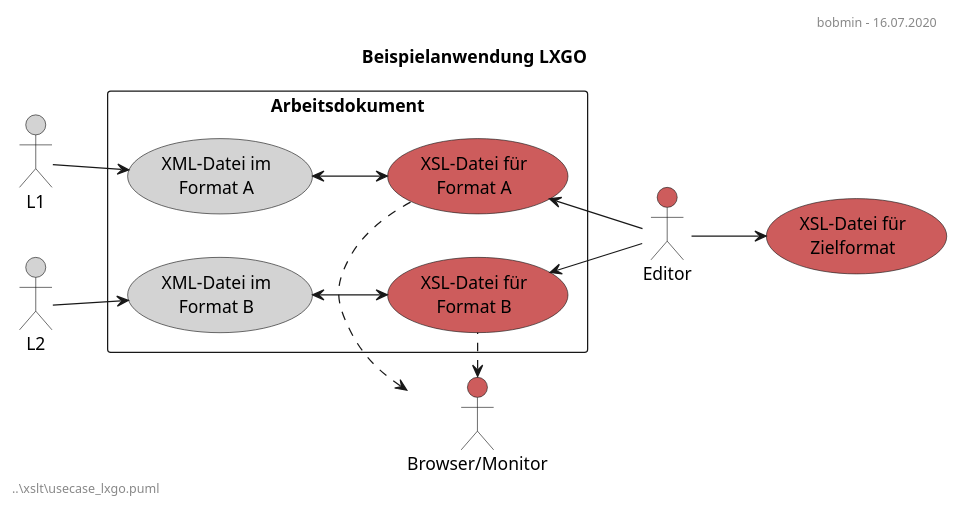
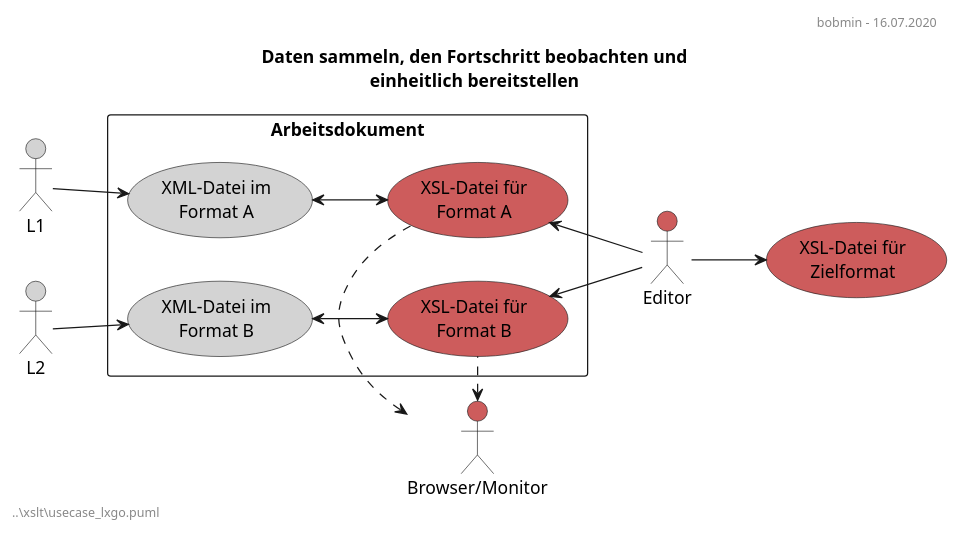
The diagram in usecase_lxgo.puml (bobmin/xslt), drawn with PlantUML before and after one commit. The commit also changed 1 other file, not shown here.

```diff
--- a/usecase_lxgo.puml
+++ b/usecase_lxgo.puml
@@ -1,65 +1,65 @@
 @startuml usecase_lxgo
 
 left to right direction
 scale 1.0
 
 'left to right direction
 
-title Beispielanwendung LXGO
+title Daten sammeln, den Fortschritt beobachten und\neinheitlich bereitstellen
 
 right header bobmin - 16.07.2020
 left footer ..\xslt\usecase_lxgo.puml
 
 skinparam actor {
 	BackgroundColor<< LX >> LightGray
 	BackgroundColor<< MEP >> IndianRed
 	BackgroundColor<< GOAL >> PaleGreen
 }
 
 skinparam usecase {
 	BackgroundColor<< LX >> LightGray
 	BackgroundColor<< MEP >> IndianRed
 }
 
 actor :L1: << LX >> as l1
 actor :L2: << LX >> as l2
 actor :Editor: << MEP >> as op
 actor :Browser/Monitor: << MEP >> as mon
 
 rectangle Arbeitsdokument {
 
 usecase l1xml << LX >> as "XML-Datei im
 Format A"
 
 usecase l2xml << LX >> as "XML-Datei im
 Format B"
 
 usecase l1xsl << MEP >> as "XSL-Datei für
 Format A"
 
 usecase l2xsl << MEP >> as "XSL-Datei für
 Format B"
 
 }
 
 usecase goxsl << MEP >> as "XSL-Datei für
 Zielformat"
 
 l1 --> l1xml
 l1xml <--> l1xsl
 
 l2 --> l2xml
 l2xml <--> l2xsl
 
 
 l1xsl <-- op
 l2xsl <-- op
 
 op --> goxsl
 
 mon <. l1xsl
 mon <. l2xsl
 
 hide stereotypes
 
 @enduml
```
